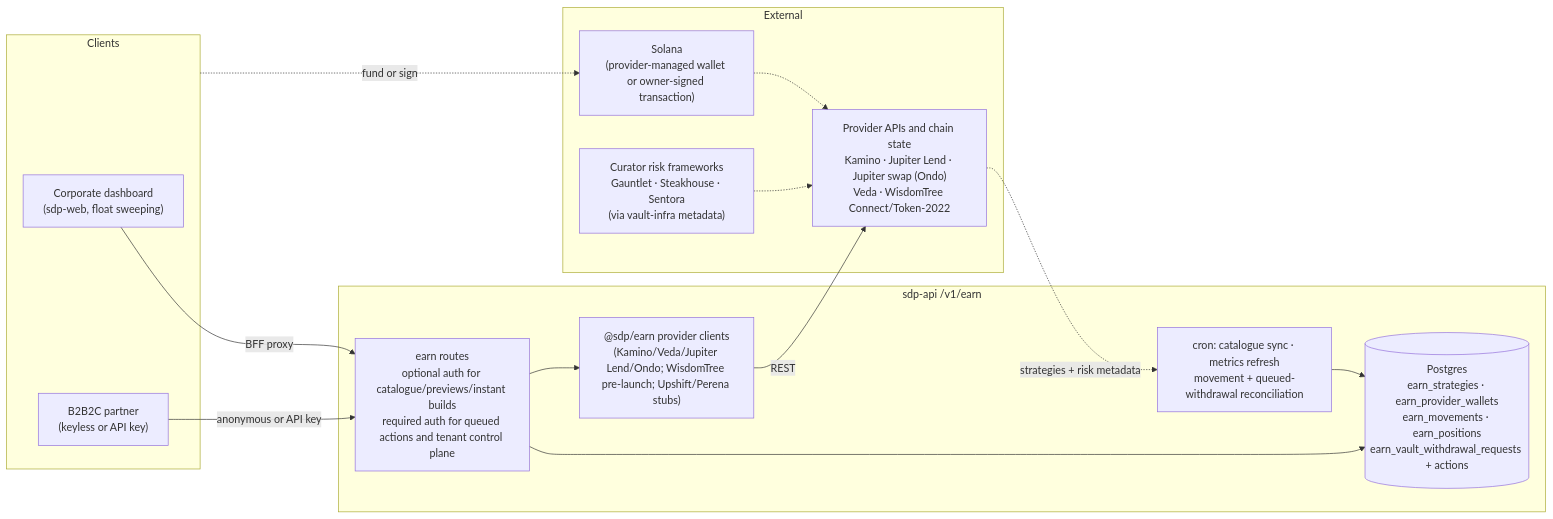
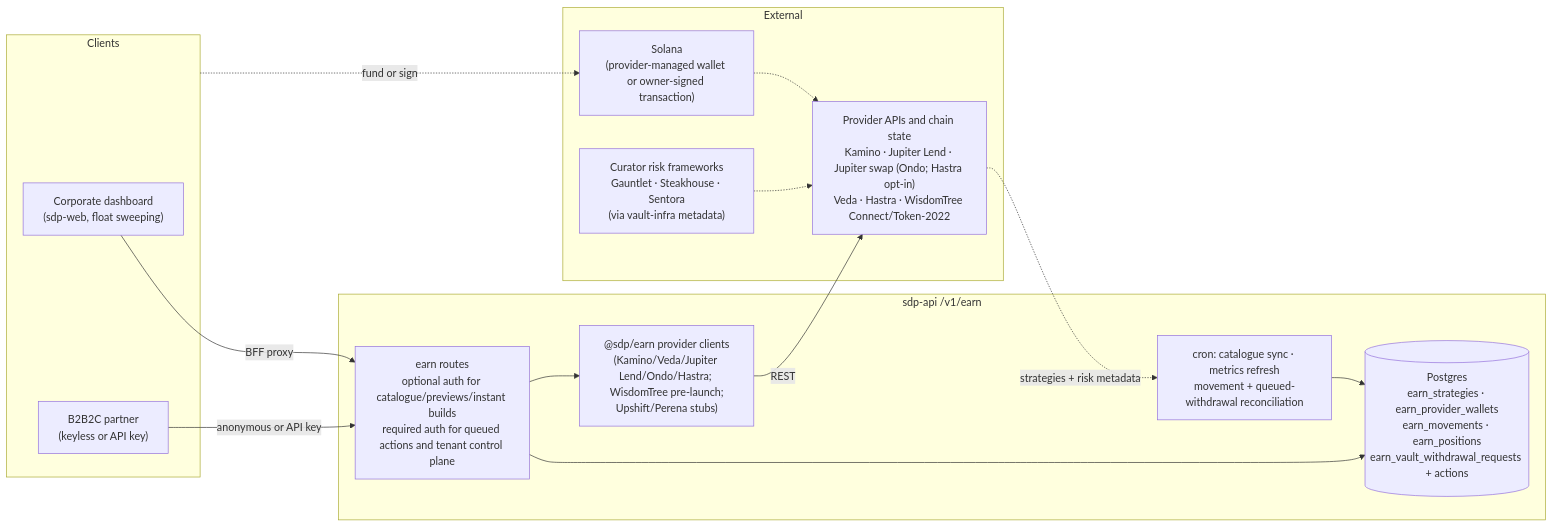
Before and after one commit to solana-foundation/solana-developer-platform: the diagram in docs/architecture/earn-v1-data-flow.md, drawn with Mermaid. The commit also changed other lines of this file and 90 other files, not shown here.

Commit message:
feat(earn): add Hastra PRIME provider

````diff
--- a/docs/architecture/earn-v1-data-flow.md
+++ b/docs/architecture/earn-v1-data-flow.md
@@ -15,31 +15,31 @@
 ```mermaid
 flowchart LR
     subgraph Clients
         DASH["Corporate dashboard<br/>(sdp-web, float sweeping)"]
         PARTNER["B2B2C partner<br/>(keyless or API key)"]
     end
 
     subgraph SDP["sdp-api  /v1/earn"]
         ROUTES["earn routes<br/>optional auth for catalogue/previews/instant builds<br/>required auth for queued actions and tenant control plane"]
-        SVC["@sdp/earn provider clients<br/>(Kamino/Veda/Jupiter Lend/Ondo; WisdomTree pre-launch; Upshift/Perena stubs)"]
+        SVC["@sdp/earn provider clients<br/>(Kamino/Veda/Jupiter Lend/Ondo/Hastra; WisdomTree pre-launch;<br/>Upshift/Perena stubs)"]
         DB[("Postgres<br/>earn_strategies · earn_provider_wallets<br/>earn_movements · earn_positions<br/>earn_vault_withdrawal_requests + actions")]
         CRON["cron: catalogue sync · metrics refresh<br/>movement + queued-withdrawal reconciliation"]
     end
 
     subgraph External
-        VAULT["Provider APIs and chain state<br/>Kamino · Jupiter Lend · Jupiter swap (Ondo)<br/>Veda · WisdomTree Connect/Token-2022"]
+        VAULT["Provider APIs and chain state<br/>Kamino · Jupiter Lend · Jupiter swap (Ondo; Hastra opt-in)<br/>Veda · Hastra · WisdomTree Connect/Token-2022"]
         CHAIN["Solana<br/>(provider-managed wallet or owner-signed transaction)"]
         CURATOR["Curator risk frameworks<br/>Gauntlet · Steakhouse · Sentora<br/>(via vault-infra metadata)"]
     end
 
     DASH -->|BFF proxy| ROUTES
     PARTNER -->|anonymous or API key| ROUTES
     ROUTES --> DB
     ROUTES --> SVC
     SVC -->|REST| VAULT
     VAULT -.->|strategies + risk metadata| CRON
     CURATOR -.-> VAULT
     CRON --> DB
     Clients -.->|fund or sign| CHAIN
     CHAIN -.-> VAULT
 ```
````
